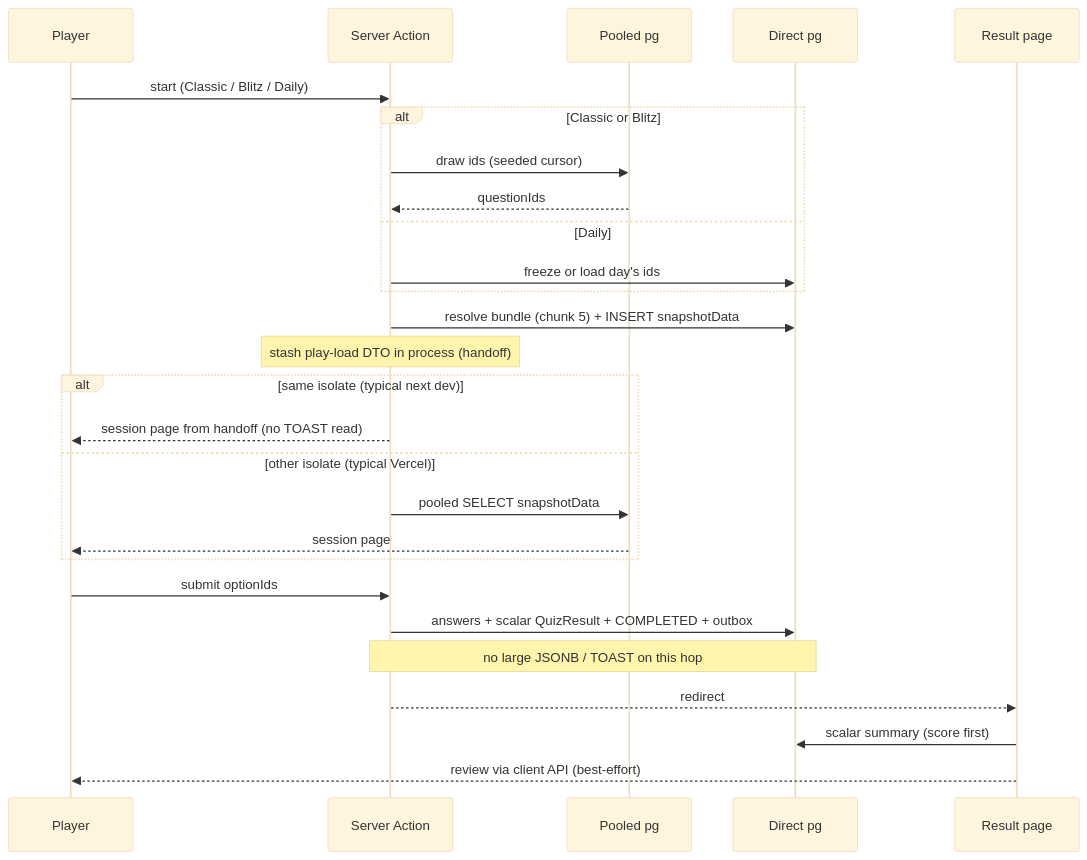
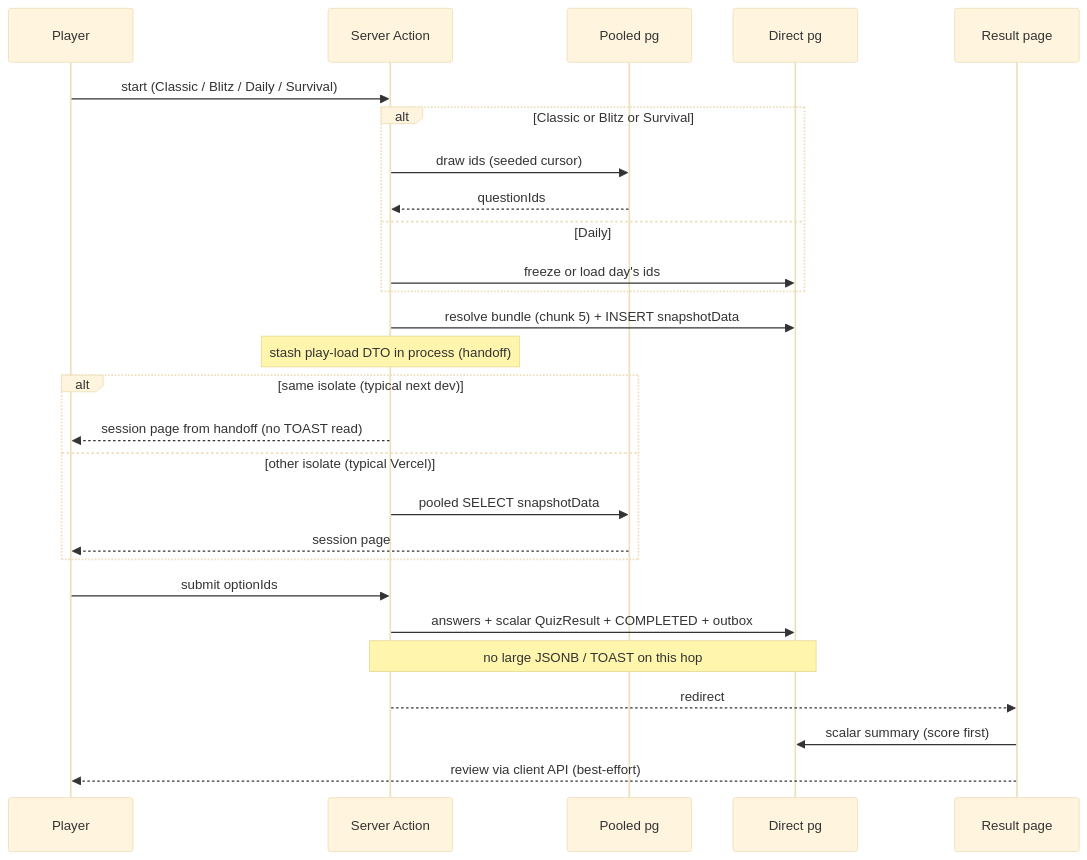
One commit to romanzollo/gamemind changed the second of 2 diagrams in docs/ARCHITECTURE.md. Above: the diagram before and after it, drawn with Mermaid (base theme). The commit also changed other lines of this file and 6 other files, not shown here.

````diff
--- a/docs/ARCHITECTURE.md
+++ b/docs/ARCHITECTURE.md
@@ -82,31 +83,31 @@
 ```mermaid
 sequenceDiagram
   participant U as Player
   participant S as Server Action
   participant P as Pooled pg
   participant D as Direct pg
   participant R as Result page
 
-  U->>S: start (Classic / Blitz / Daily)
-  alt Classic or Blitz
+  U->>S: start (Classic / Blitz / Daily / Survival)
+  alt Classic or Blitz or Survival
     S->>P: draw ids (seeded cursor)
     P-->>S: questionIds
   else Daily
     S->>D: freeze or load day's ids
   end
   S->>D: resolve bundle (chunk 5) + INSERT snapshotData
   Note over S: stash play-load DTO in process (handoff)
   alt same isolate (typical next dev)
     S-->>U: session page from handoff (no TOAST read)
   else other isolate (typical Vercel)
     S->>P: pooled SELECT snapshotData
     P-->>U: session page
   end
 
   U->>S: submit optionIds
   S->>D: answers + scalar QuizResult + COMPLETED + outbox
   Note over S,D: no large JSONB / TOAST on this hop
   S-->>R: redirect
   R->>D: scalar summary (score first)
   R-->>U: review via client API (best-effort)
 ```
````
